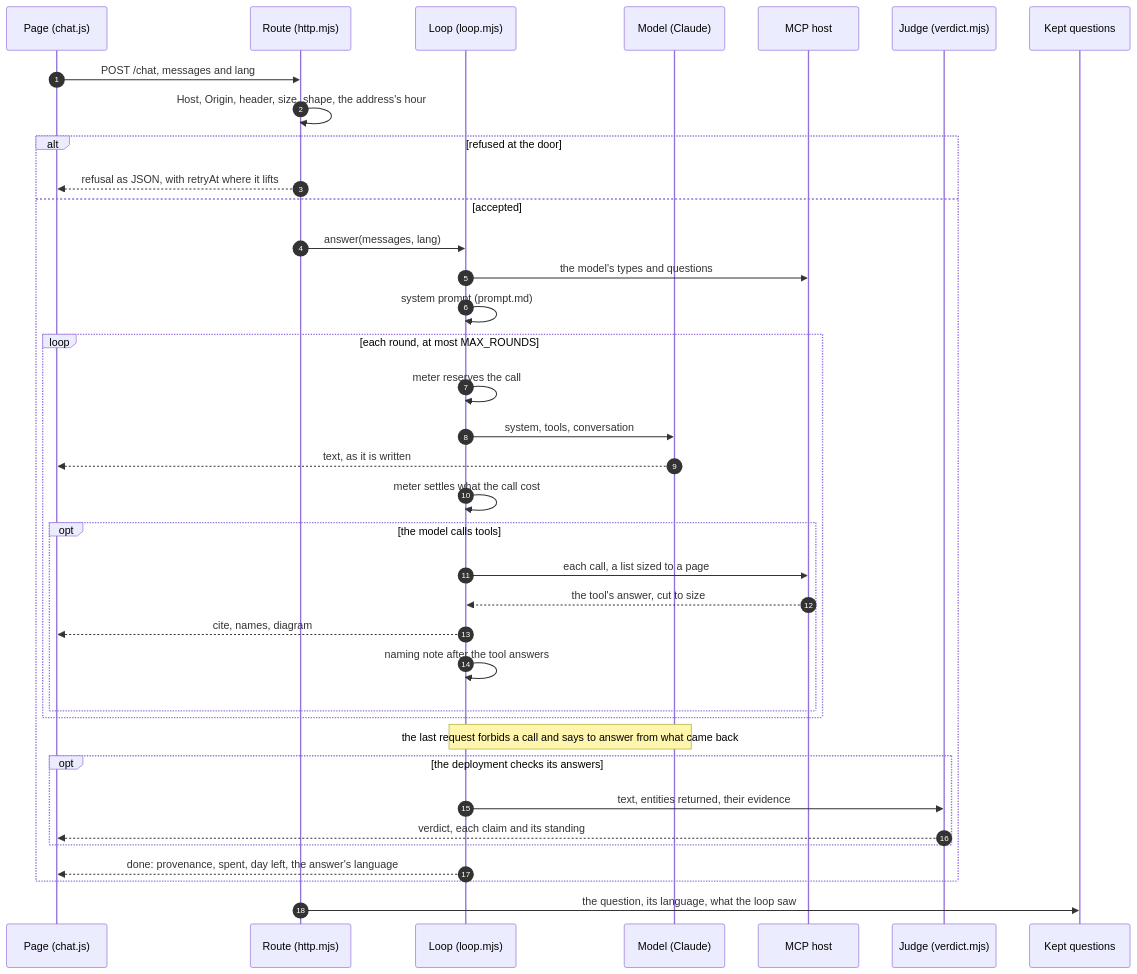
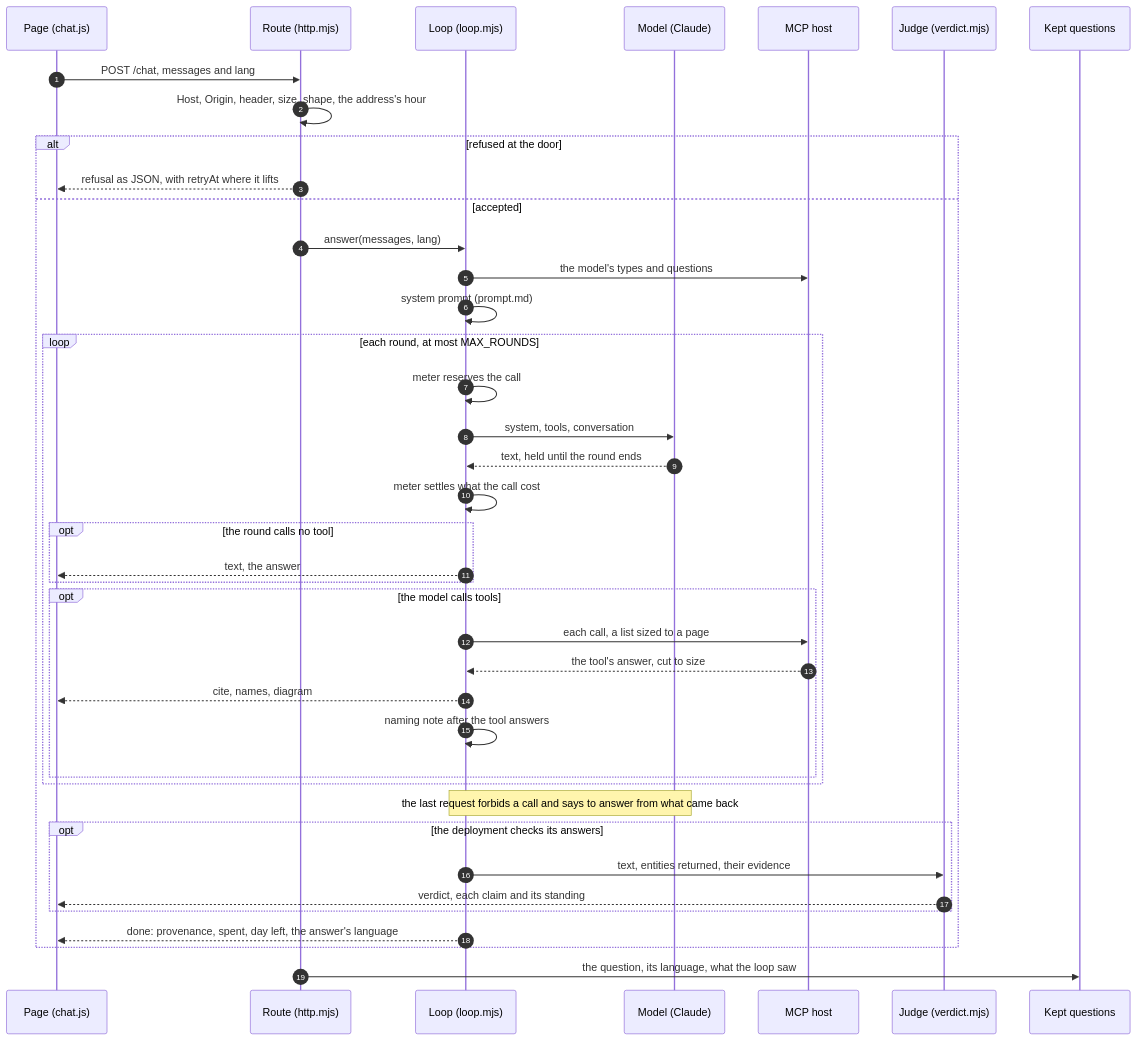
The diagram in docs/design/answering.md (companygraph/chat-server), drawn with Mermaid before and after one commit. The commit also changed other lines of this file and 7 other files, not shown here.

````diff
--- a/docs/design/answering.md
+++ b/docs/design/answering.md
@@ -5,39 +5,42 @@
 ```mermaid
 sequenceDiagram
   autonumber
   participant Page as Page (chat.js)
   participant Route as Route (http.mjs)
   participant Answer as Loop (loop.mjs)
   participant Model as Model (Claude)
   participant Host as MCP host
   participant Judge as Judge (verdict.mjs)
   participant Log as Kept questions
   Page->>Route: POST /chat, messages and lang
   Route->>Route: Host, Origin, header, size, shape, the address's hour
   alt refused at the door
     Route-->>Page: refusal as JSON, with retryAt where it lifts
   else accepted
     Route->>Answer: answer(messages, lang)
     Answer->>Host: the model's types and questions
     Answer->>Answer: system prompt (prompt.md)
     loop each round, at most MAX_ROUNDS
       Answer->>Answer: meter reserves the call
       Answer->>Model: system, tools, conversation
-      Model-->>Page: text, as it is written
+      Model-->>Answer: text, held until the round ends
       Answer->>Answer: meter settles what the call cost
+      opt the round calls no tool
+        Answer-->>Page: text, the answer
+      end
       opt the model calls tools
         Answer->>Host: each call, a list sized to a page
         Host-->>Answer: the tool's answer, cut to size
         Answer-->>Page: cite, names, diagram
         Answer->>Answer: naming note after the tool answers
       end
     end
     Note over Answer,Model: the last request forbids a call and says to answer from what came back
     opt the deployment checks its answers
       Answer->>Judge: text, entities returned, their evidence
       Judge-->>Page: verdict, each claim and its standing
     end
     Answer-->>Page: done: provenance, spent, day left, the answer's language
   end
   Route->>Log: the question, its language, what the loop saw
 ```
````
